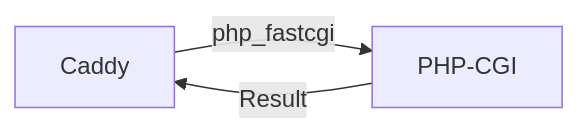
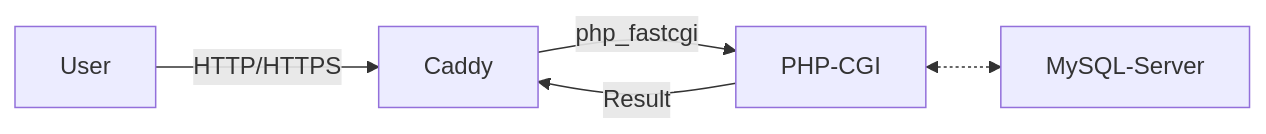
One commit to Hope-IT-Works/caddy-php changed the diagram in README.md. Above: the diagram before and after it, drawn with Mermaid. The commit also changed other lines of this file, not shown here.

````diff
--- a/README.md
+++ b/README.md
@@ -9,5 +13,7 @@
 ```mermaid
 flowchart LR
+       User-- HTTP/HTTPS -->Caddy
        Caddy-- "php_fastcgi" -->PHP-CGI
        PHP-CGI-- Result -->Caddy
+       PHP-CGI<-.->MySQL-Server
 ```
````
